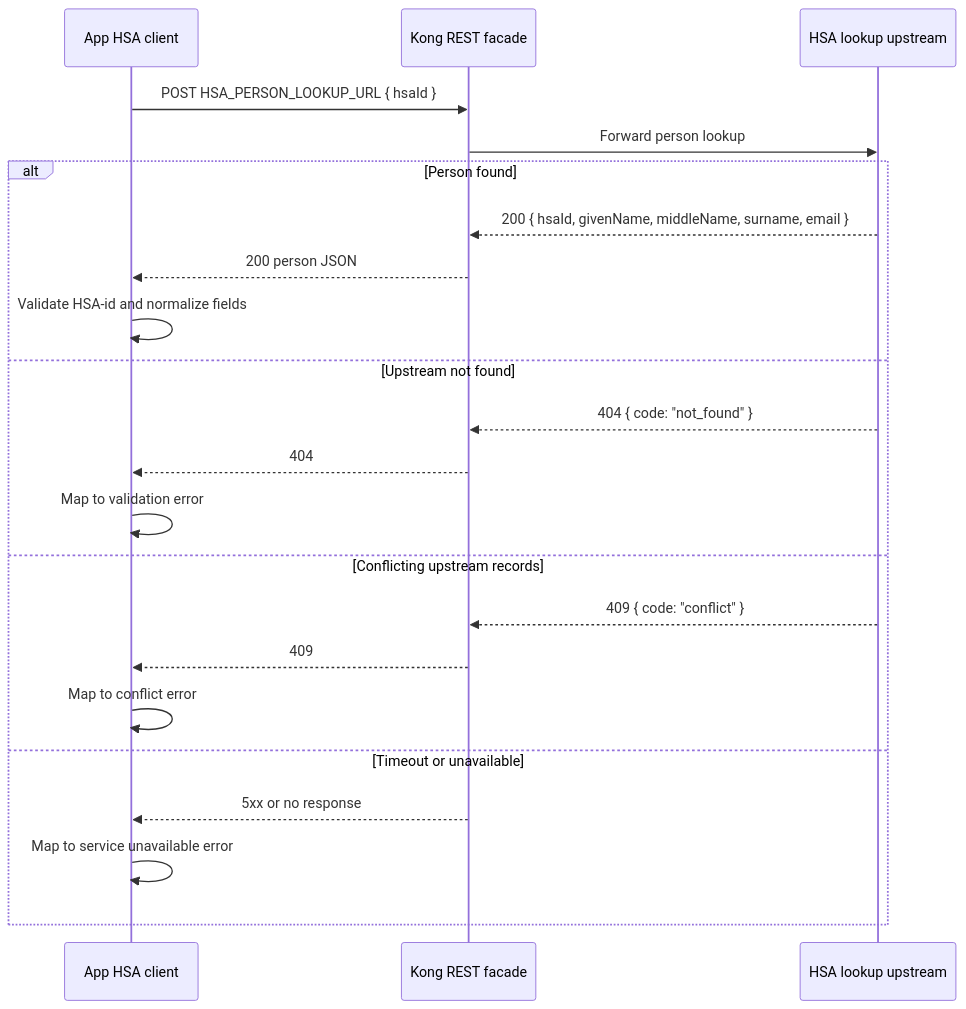
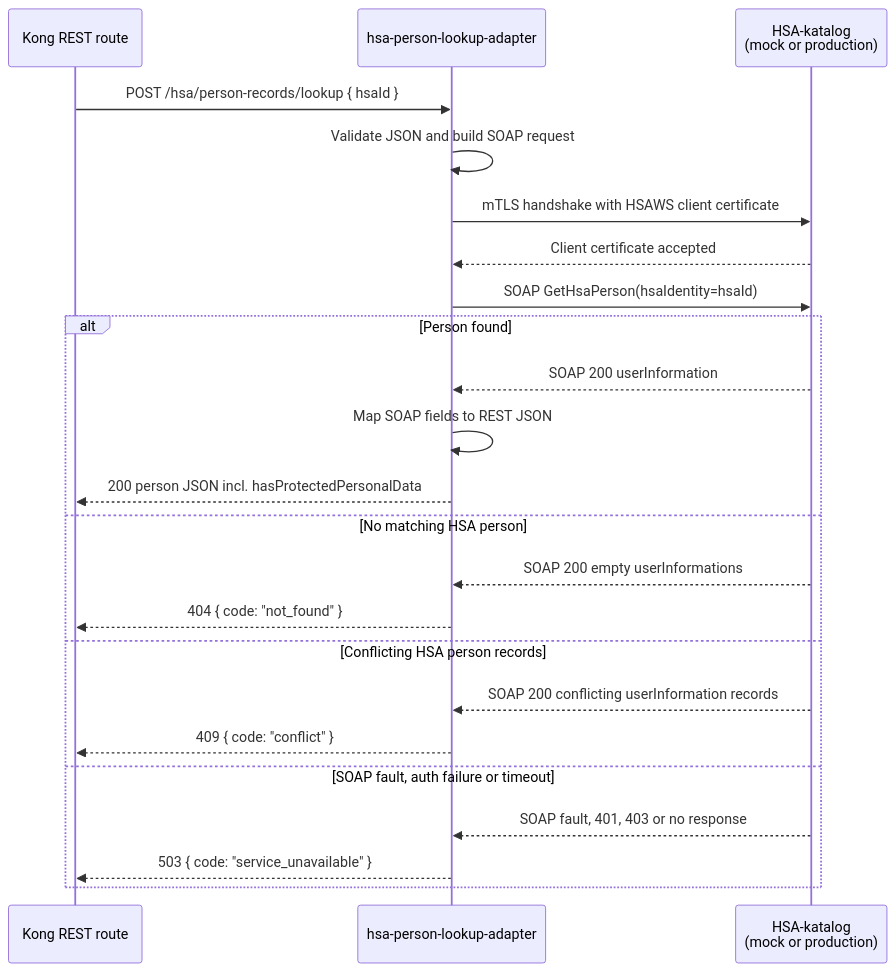
One commit to viscalyx/Kravhantering changed the second of 3 diagrams in docs/hsa-person-lookup-integration.md. Above: the diagram before and after it, drawn with Mermaid. The commit also changed other lines of this file and 91 other files, not shown here.

First line of the commit message:
feat: HSA lookup adapter with REST facade and SOAP integration (#328)

````diff
--- a/docs/hsa-person-lookup-integration.md
+++ b/docs/hsa-person-lookup-integration.md
@@ -78,26 +156,27 @@
 ```mermaid
 sequenceDiagram
-    participant App as App HSA client
-    participant Kong as Kong REST facade
-    participant Upstream as HSA lookup upstream
+    participant Kong as Kong REST route
+    participant Adapter as hsa-person-lookup-adapter
+    participant HSA as HSA-katalog<br/>(mock or production)
 
-    App->>Kong: POST HSA_PERSON_LOOKUP_URL { hsaId }
-    Kong->>Upstream: Forward person lookup
+    Kong->>Adapter: POST /hsa/person-records/lookup { hsaId }
+    Adapter->>Adapter: Validate JSON and build SOAP request
+    Adapter->>HSA: mTLS handshake with HSAWS client certificate
+    HSA-->>Adapter: Client certificate accepted
+    Adapter->>HSA: SOAP GetHsaPerson(hsaIdentity=hsaId)
 
     alt Person found
-        Upstream-->>Kong: 200 { hsaId, givenName, middleName, surname, email }
-        Kong-->>App: 200 person JSON
-        App->>App: Validate HSA-id and normalize fields
-    else Upstream not found
-        Upstream-->>Kong: 404 { code: "not_found" }
-        Kong-->>App: 404
-        App->>App: Map to validation error
-    else Conflicting upstream records
-        Upstream-->>Kong: 409 { code: "conflict" }
-        Kong-->>App: 409
-        App->>App: Map to conflict error
-    else Timeout or unavailable
-        Kong-->>App: 5xx or no response
-        App->>App: Map to service unavailable error
+        HSA-->>Adapter: SOAP 200 userInformation
+        Adapter->>Adapter: Map SOAP fields to REST JSON
+        Adapter-->>Kong: 200 person JSON incl. hasProtectedPersonalData
+    else No matching HSA person
+        HSA-->>Adapter: SOAP 200 empty userInformations
+        Adapter-->>Kong: 404 { code: "not_found" }
+    else Conflicting HSA person records
+        HSA-->>Adapter: SOAP 200 conflicting userInformation records
+        Adapter-->>Kong: 409 { code: "conflict" }
+    else SOAP fault, auth failure or timeout
+        HSA-->>Adapter: SOAP fault, 401, 403 or no response
+        Adapter-->>Kong: 503 { code: "service_unavailable" }
     end
 ```
````
